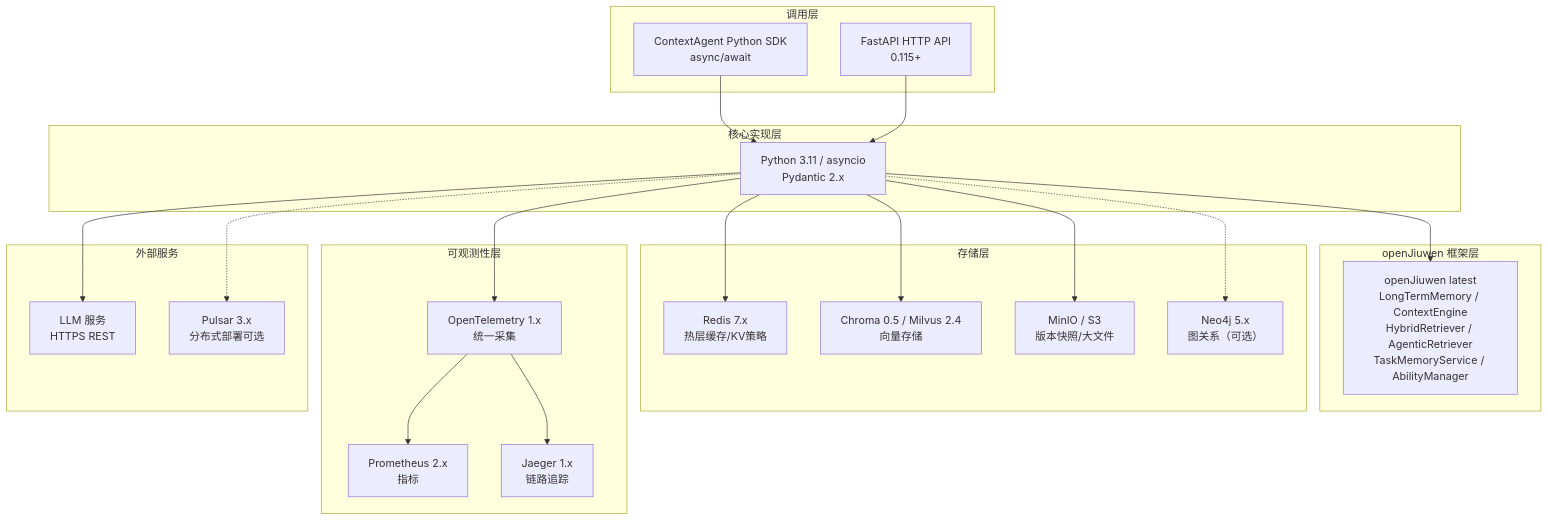
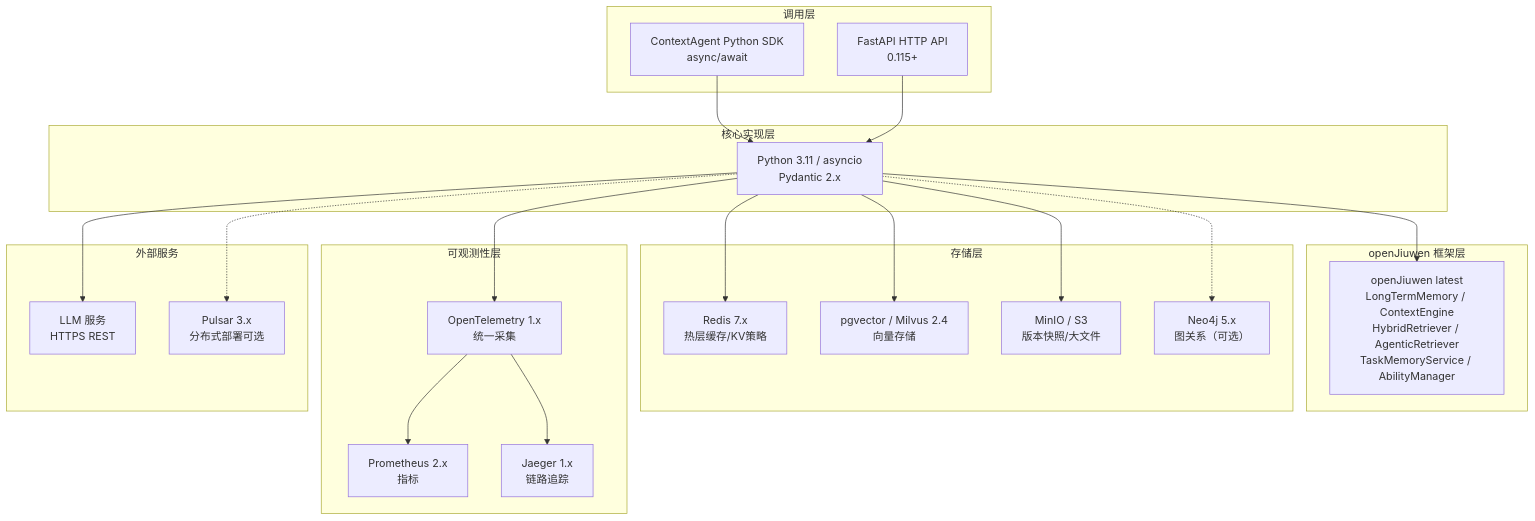
One commit to DanielKernel/ContextAgent changed the tenth of 16 diagrams in docs/architecture-design.md. Above: the diagram before and after it, drawn with Mermaid. The commit also changed other lines of this file and 15 other files, not shown here.

````diff
--- a/docs/architecture-design.md
+++ b/docs/architecture-design.md
@@ -586,43 +586,43 @@
 ```mermaid
 graph TB
     subgraph CallerLayer["调用层"]
         SDK[ContextAgent Python SDK<br/>async/await]
         HTTP[FastAPI HTTP API<br/>0.115+]
     end
 
     subgraph CoreLayer["核心实现层"]
         PYCORE[Python 3.11 / asyncio<br/>Pydantic 2.x]
     end
 
     subgraph OJWLayer["openJiuwen 框架层"]
         OJW[openJiuwen latest<br/>LongTermMemory / ContextEngine\nHybridRetriever / AgenticRetriever\nTaskMemoryService / AbilityManager]
     end
 
     subgraph StorageLayer["存储层"]
         REDIS[Redis 7.x<br/>热层缓存/KV策略]
-        VEC[Chroma 0.5 / Milvus 2.4<br/>向量存储]
+        VEC[pgvector / Milvus 2.4<br/>向量存储]
         OBJ[MinIO / S3<br/>版本快照/大文件]
         GRAPH[Neo4j 5.x<br/>图关系（可选）]
     end
 
     subgraph ObsLayer["可观测性层"]
         OTEL[OpenTelemetry 1.x<br/>统一采集]
         PROM[Prometheus 2.x<br/>指标]
         JAEGER[Jaeger 1.x<br/>链路追踪]
     end
 
     subgraph ExtService["外部服务"]
         LLM[LLM 服务<br/>HTTPS REST]
         MQ[Pulsar 3.x<br/>分布式部署可选]
     end
 
     SDK --> PYCORE
     HTTP --> PYCORE
     PYCORE --> OJW
     PYCORE --> REDIS & VEC & OBJ
     PYCORE -.-> GRAPH
     PYCORE --> OTEL
     OTEL --> PROM & JAEGER
     PYCORE --> LLM
     PYCORE -.-> MQ
 ```
````
